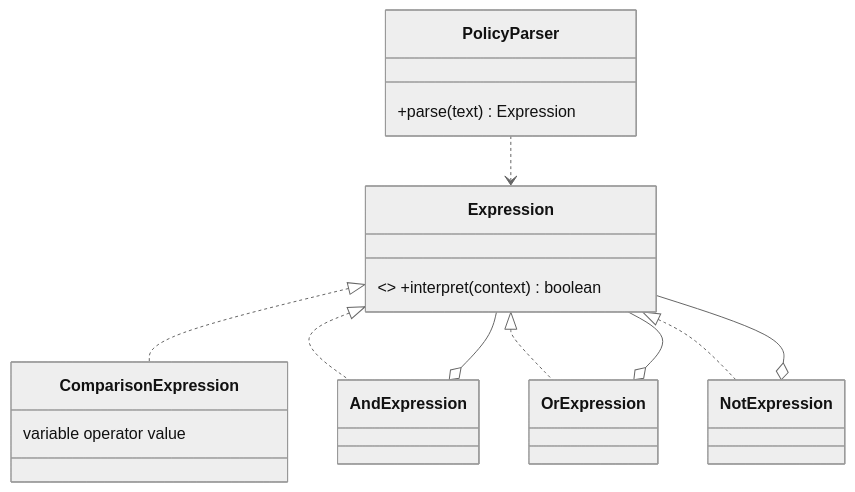
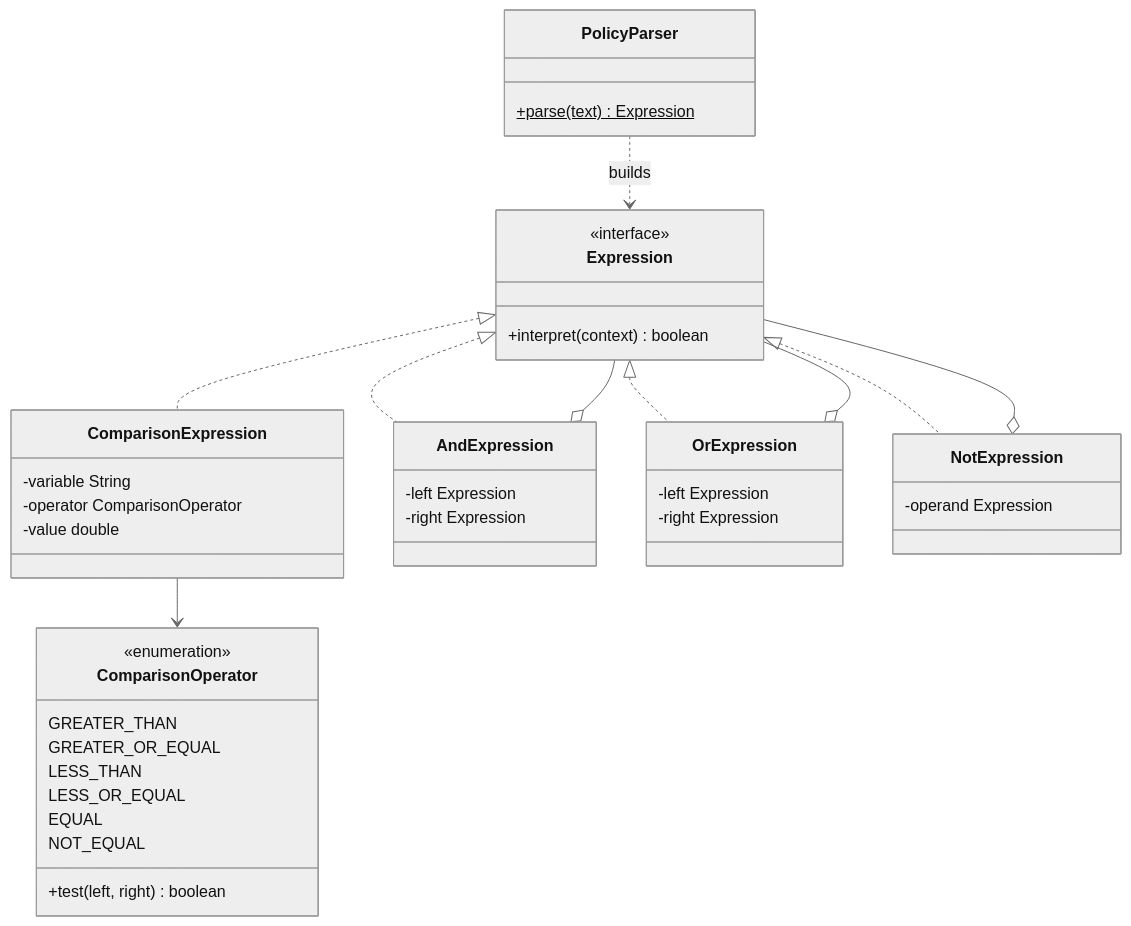
Before and after one commit to MenaraPereraa/SmartCity: the fifth of 5 diagrams in README.md, drawn with Mermaid (neutral theme). The commit also changed other lines of this file, not shown here.

````diff
--- a/README.md
+++ b/README.md
@@ -171,17 +245,45 @@
 ```mermaid
 classDiagram
-    class Expression { <<interface>> +interpret(context) boolean }
-    class ComparisonExpression { variable operator value }
-    class AndExpression
-    class OrExpression
-    class NotExpression
-    class PolicyParser { +parse(text) Expression }
+    class Expression {
+        <<interface>>
+        +interpret(context) boolean
+    }
+    class ComparisonExpression {
+        -variable String
+        -operator ComparisonOperator
+        -value double
+    }
+    class AndExpression {
+        -left Expression
+        -right Expression
+    }
+    class OrExpression {
+        -left Expression
+        -right Expression
+    }
+    class NotExpression {
+        -operand Expression
+    }
+    class PolicyParser {
+        +parse(text) Expression$
+    }
+    class ComparisonOperator {
+        <<enumeration>>
+        GREATER_THAN
+        GREATER_OR_EQUAL
+        LESS_THAN
+        LESS_OR_EQUAL
+        EQUAL
+        NOT_EQUAL
+        +test(left, right) boolean
+    }
     Expression <|.. ComparisonExpression
     Expression <|.. AndExpression
     Expression <|.. OrExpression
     Expression <|.. NotExpression
     AndExpression o-- Expression
     OrExpression o-- Expression
     NotExpression o-- Expression
-    PolicyParser ..> Expression
+    ComparisonExpression --> ComparisonOperator
+    PolicyParser ..> Expression : builds
 ```
````
